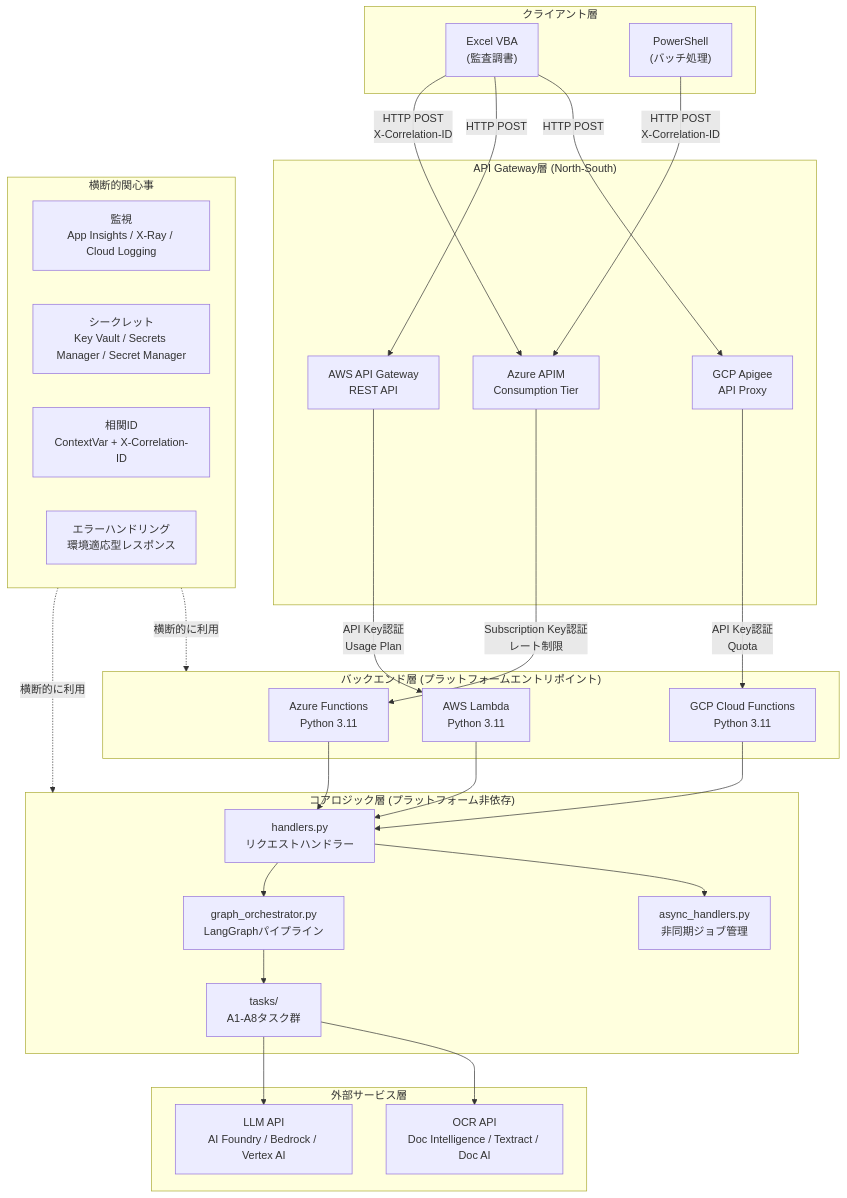
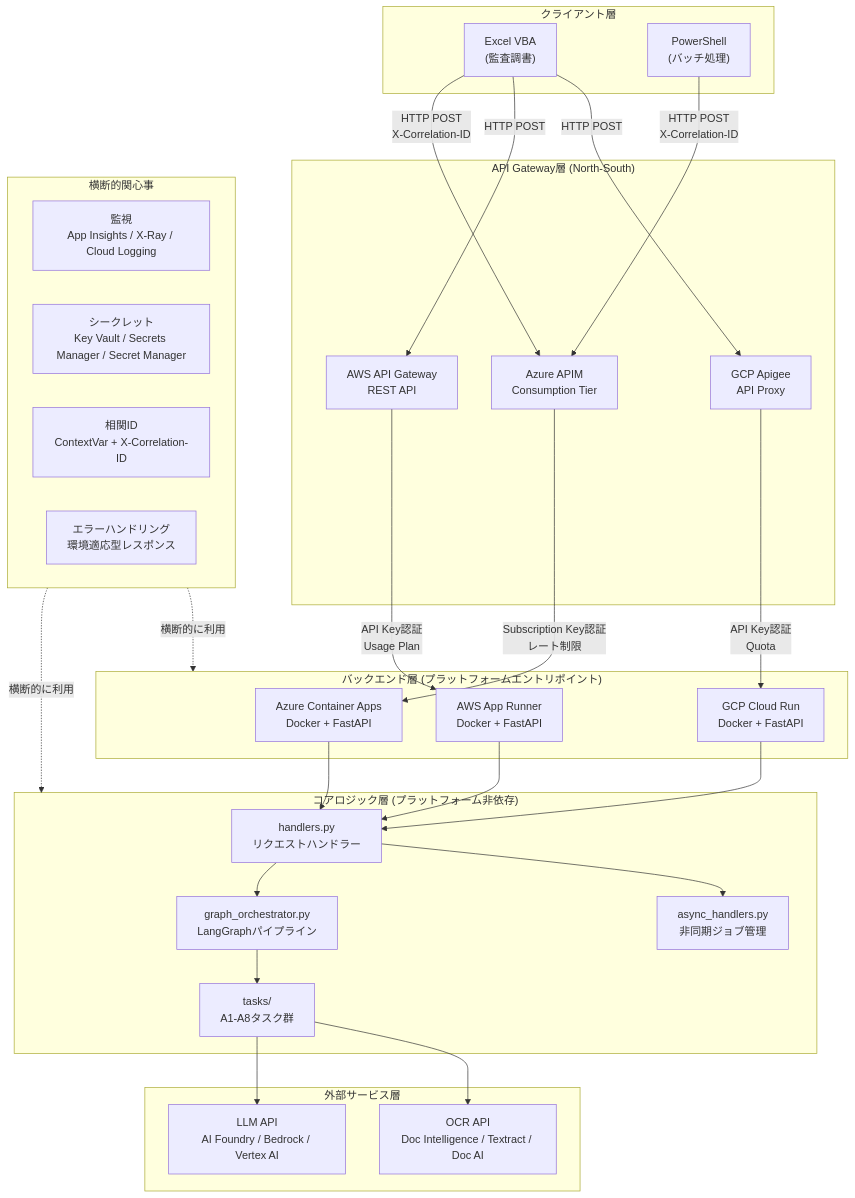
One commit to GEJFY/ic-test-ai-agent changed the first of 6 diagrams in docs/architecture/SYSTEM_ARCHITECTURE.md. Above: the diagram before and after it, drawn with Mermaid. The commit also changed other lines of this file and 102 other files, not shown here.

````diff
--- a/docs/architecture/SYSTEM_ARCHITECTURE.md
+++ b/docs/architecture/SYSTEM_ARCHITECTURE.md
@@ -57,60 +57,60 @@
 ```mermaid
 flowchart TB
     subgraph Client["クライアント層"]
         Excel["Excel VBA<br/>(監査調書)"]
         PS["PowerShell<br/>(バッチ処理)"]
     end
 
     subgraph Gateway["API Gateway層 (North-South)"]
         APIM["Azure APIM<br/>Consumption Tier"]
         AWSGW["AWS API Gateway<br/>REST API"]
         Apigee["GCP Apigee<br/>API Proxy"]
     end
 
     subgraph Backend["バックエンド層 (プラットフォームエントリポイント)"]
-        AzFunc["Azure Functions<br/>Python 3.11"]
-        Lambda["AWS Lambda<br/>Python 3.11"]
-        GCF["GCP Cloud Functions<br/>Python 3.11"]
+        AzCA["Azure Container Apps<br/>Docker + FastAPI"]
+        AppRunner["AWS App Runner<br/>Docker + FastAPI"]
+        CloudRun["GCP Cloud Run<br/>Docker + FastAPI"]
     end
 
     subgraph Core["コアロジック層 (プラットフォーム非依存)"]
         Handlers["handlers.py<br/>リクエストハンドラー"]
         AsyncH["async_handlers.py<br/>非同期ジョブ管理"]
         Orchestrator["graph_orchestrator.py<br/>LangGraphパイプライン"]
         Tasks["tasks/<br/>A1-A8タスク群"]
     end
 
     subgraph External["外部サービス層"]
         LLM["LLM API<br/>AI Foundry / Bedrock / Vertex AI"]
         OCR["OCR API<br/>Doc Intelligence / Textract / Doc AI"]
     end
 
     subgraph CrossCutting["横断的関心事"]
         Monitoring["監視<br/>App Insights / X-Ray / Cloud Logging"]
         Secrets["シークレット<br/>Key Vault / Secrets Manager / Secret Manager"]
         Correlation["相関ID<br/>ContextVar + X-Correlation-ID"]
         ErrorH["エラーハンドリング<br/>環境適応型レスポンス"]
     end
 
     Excel -->|"HTTP POST<br/>X-Correlation-ID"| APIM
     PS -->|"HTTP POST<br/>X-Correlation-ID"| APIM
     Excel -->|"HTTP POST"| AWSGW
     Excel -->|"HTTP POST"| Apigee
 
-    APIM -->|"Subscription Key認証<br/>レート制限"| AzFunc
-    AWSGW -->|"API Key認証<br/>Usage Plan"| Lambda
-    Apigee -->|"API Key認証<br/>Quota"| GCF
+    APIM -->|"Subscription Key認証<br/>レート制限"| AzCA
+    AWSGW -->|"API Key認証<br/>Usage Plan"| AppRunner
+    Apigee -->|"API Key認証<br/>Quota"| CloudRun
 
-    AzFunc --> Handlers
-    Lambda --> Handlers
-    GCF --> Handlers
+    AzCA --> Handlers
+    AppRunner --> Handlers
+    CloudRun --> Handlers
 
     Handlers --> Orchestrator
     Handlers --> AsyncH
     Orchestrator --> Tasks
     Tasks --> LLM
     Tasks --> OCR
 
     CrossCutting -.->|"横断的に利用"| Core
     CrossCutting -.->|"横断的に利用"| Backend
 ```
````
